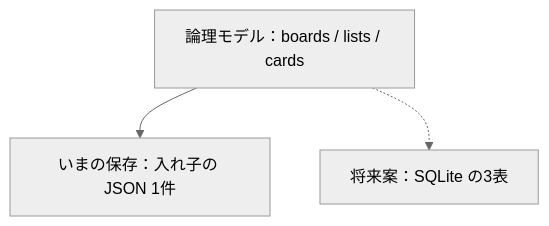
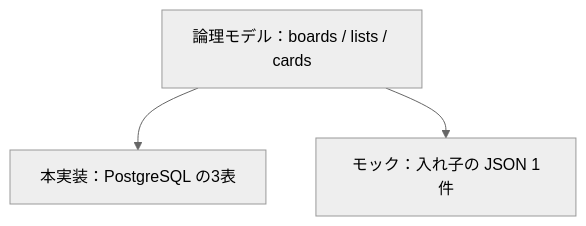
Before and after one commit to pfgnsb/kadai-kanri-board: the first of 3 diagrams in ドキュメント/ER図.md, drawn with Mermaid (neutral theme). The commit also changed other lines of this file and 3 other files, not shown here.

Commit message:
本実装を React と PostgreSQL に切り替えるため、技術スタックと関連資料を PERN 構成に更新する

````diff
--- a/ドキュメント/ER図.md
+++ b/ドキュメント/ER図.md
@@ -26,5 +27,5 @@
 ```mermaid
 flowchart TD
-  domain[論理モデル：boards / lists / cards] --> json[いまの保存：入れ子の JSON 1件]
-  domain -.-> sqlite[将来案：SQLite の3表]
+  domain[論理モデル：boards / lists / cards] --> pg[本実装：PostgreSQL の3表]
+  domain --> json[モック：入れ子の JSON 1件]
 ```
````
